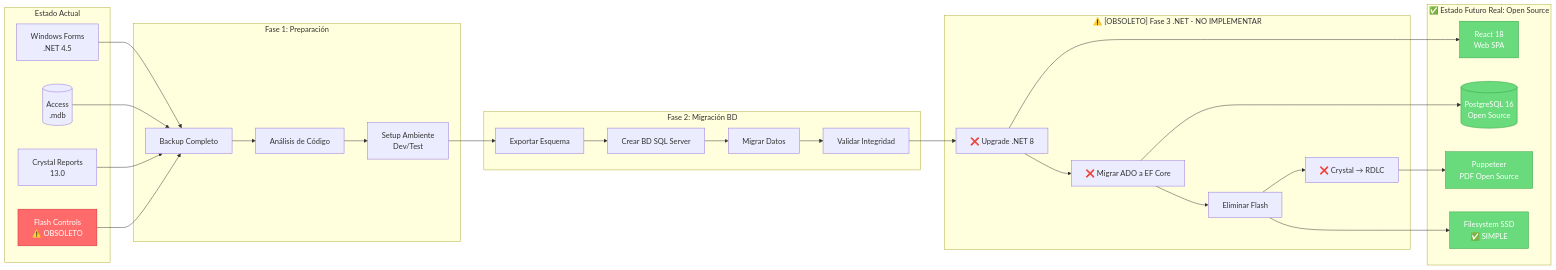
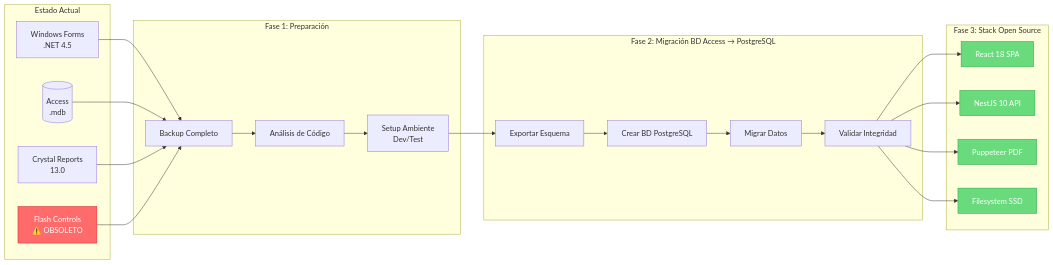
One commit to dleonsystem/sep_evaluacion_diagnostica changed the second of 2 diagrams in ANALISIS_TECNICO_COMPLEMENTARIO.md. Above: the diagram before and after it, drawn with Mermaid. The commit also changed other lines of this file, not shown here.

First line of the commit message:
docs: eliminar contenido obsoleto .NET 8/SQL Server/RDLC/Telerik

````diff
--- a/ANALISIS_TECNICO_COMPLEMENTARIO.md
+++ b/ANALISIS_TECNICO_COMPLEMENTARIO.md
@@ -1696,58 +1696,49 @@
 ```mermaid
 flowchart LR
     subgraph "Estado Actual"
         A1[Windows Forms<br/>.NET 4.5]
         A2[(Access<br/>.mdb)]
         A3[Crystal Reports<br/>13.0]
         A4[Flash Controls<br/>⚠️ OBSOLETO]
     end
     
     subgraph "Fase 1: Preparación"
         B1[Backup Completo]
         B2[Análisis de Código]
         B3[Setup Ambiente<br/>Dev/Test]
     end
     
-    subgraph "Fase 2: Migración BD"
+    subgraph "Fase 2: Migración BD Access → PostgreSQL"
         C1[Exportar Esquema]
-        C2[Crear BD SQL Server]
+        C2[Crear BD PostgreSQL]
         C3[Migrar Datos]
         C4[Validar Integridad]
     end
     
-    subgraph "⚠️ [OBSOLETO] Fase 3 .NET - NO IMPLEMENTAR"
-        D1[❌ Upgrade .NET 8]
-        D2[❌ Migrar ADO a EF Core]
-        D3[Eliminar Flash]
-        D4[❌ Crystal → RDLC]
-    end
-    
-    subgraph "✅ Estado Futuro Real: Open Source"
-        E1[React 18<br/>Web SPA]
-        E2[(PostgreSQL 16<br/>Open Source)]
-        E3[Puppeteer<br/>PDF Open Source]
-        E4[Filesystem SSD<br/>✅ SIMPLE]
+    subgraph "Fase 3: Stack Open Source"
+        D1[React 18 SPA]
+        D2[NestJS 10 API]
+        D3[Puppeteer PDF]
+        D4[Filesystem SSD]
     end
     
     A1 --> B1
     A2 --> B1
     A3 --> B1
     A4 --> B1
     
     B1 --> B2 --> B3
     
     B3 --> C1 --> C2 --> C3 --> C4
     
-    C4 --> D1 --> D2 --> D3 --> D4
-    
-    D1 --> E1
-    D2 --> E2
-    D3 --> E4
-    D4 --> E3
+    C4 --> D1
+    C4 --> D2
+    C4 --> D3
+    C4 --> D4
     
     style A4 fill:#ff6b6b,stroke:#c92a2a,color:#fff
-    style E1 fill:#69db7c,stroke:#2f9e44,color:#fff
-    style E2 fill:#69db7c,stroke:#2f9e44,color:#fff
-    style E3 fill:#69db7c,stroke:#2f9e44,color:#fff
-    style E4 fill:#69db7c,stroke:#2f9e44,color:#fff
+    style D1 fill:#69db7c,stroke:#2f9e44,color:#fff
+    style D2 fill:#69db7c,stroke:#2f9e44,color:#fff
+    style D3 fill:#69db7c,stroke:#2f9e44,color:#fff
+    style D4 fill:#69db7c,stroke:#2f9e44,color:#fff
 ```
````
